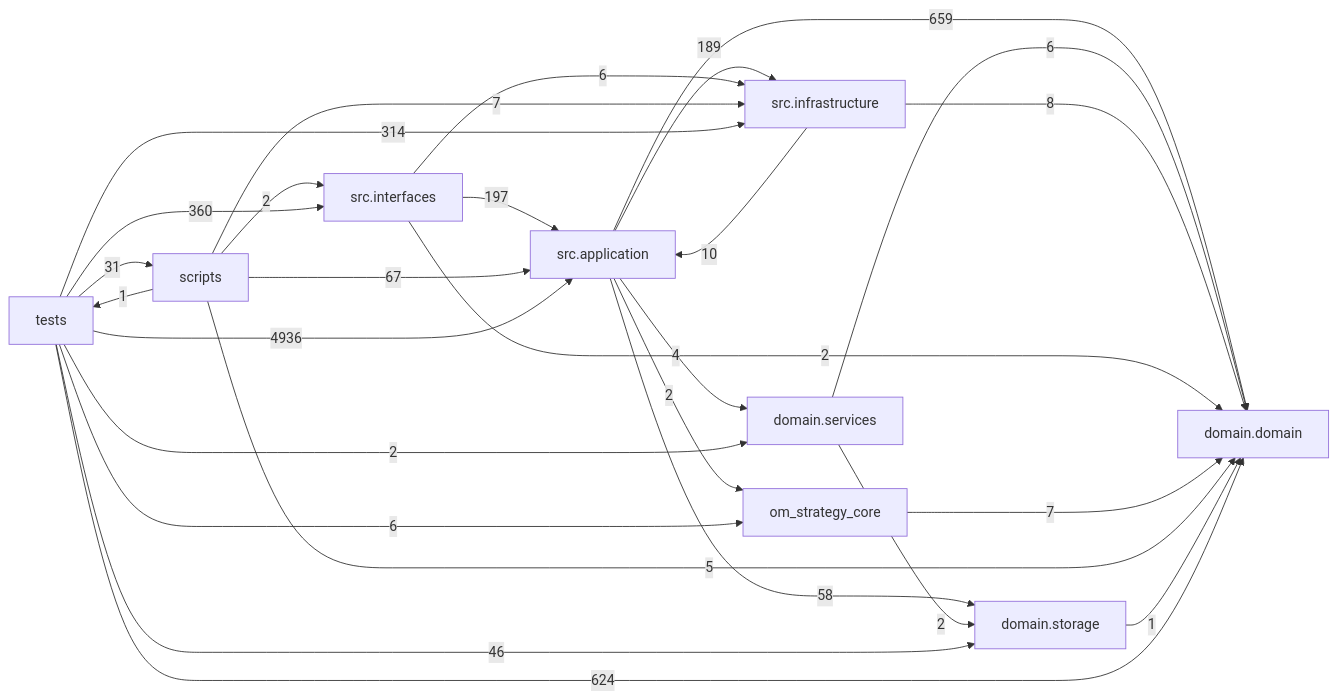
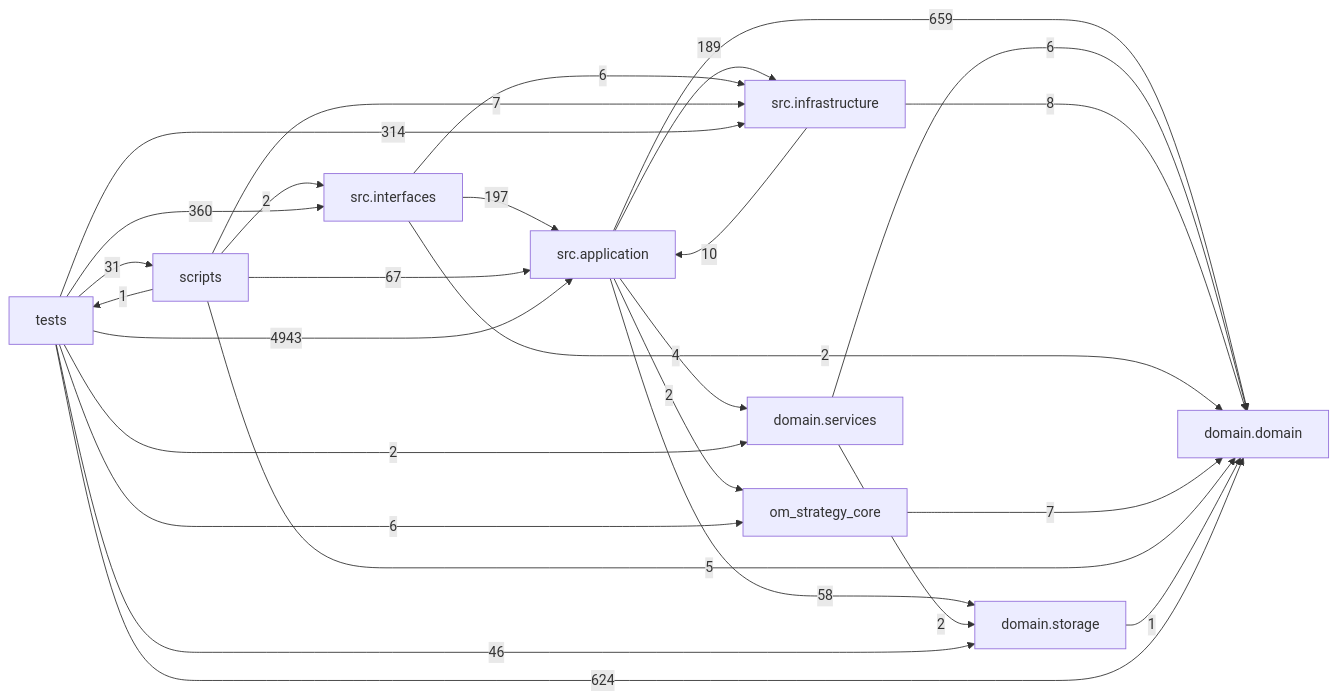
Before and after one commit to liuxie066/options-monitor: the diagram in docs/DEPENDENCY_GRAPH.md, drawn with Mermaid. The commit also changed other lines of this file and 4 other files, not shown here.

````diff
--- a/docs/DEPENDENCY_GRAPH.md
+++ b/docs/DEPENDENCY_GRAPH.md
@@ -24,38 +24,38 @@
 ```mermaid
 flowchart LR
   tests["tests"]
   scripts["scripts"]
   interfaces["src.interfaces"]
   application["src.application"]
   infrastructure["src.infrastructure"]
   domain_services["domain.services"]
   domain["domain.domain"]
   storage["domain.storage"]
   application -->|659| domain
   application -->|4| domain_services
   application -->|189| infrastructure
   application -->|2| om_strategy_core
   application -->|58| storage
   domain_services -->|6| domain
   domain_services -->|2| storage
   infrastructure -->|10| application
   infrastructure -->|8| domain
   interfaces -->|197| application
   interfaces -->|2| domain
   interfaces -->|6| infrastructure
   om_strategy_core -->|7| domain
   scripts -->|67| application
   scripts -->|5| domain
   scripts -->|7| infrastructure
   scripts -->|2| interfaces
   scripts -->|1| tests
   storage -->|1| domain
-  tests -->|4936| application
+  tests -->|4943| application
   tests -->|624| domain
   tests -->|2| domain_services
   tests -->|314| infrastructure
   tests -->|360| interfaces
   tests -->|6| om_strategy_core
   tests -->|31| scripts
   tests -->|46| storage
 ```
````
